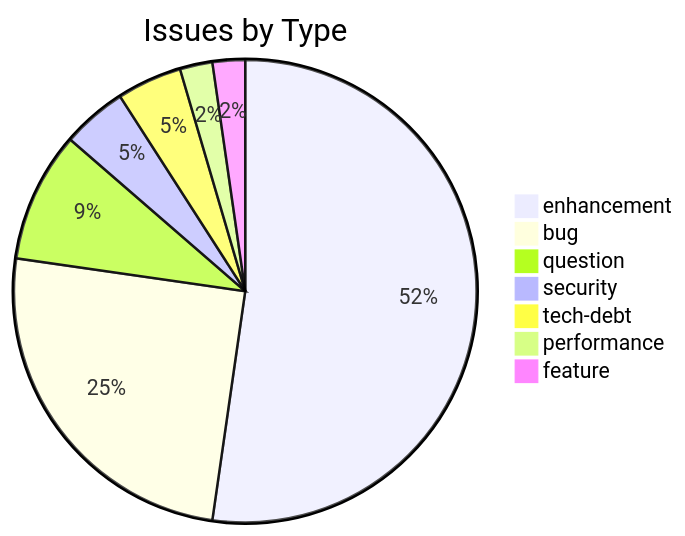
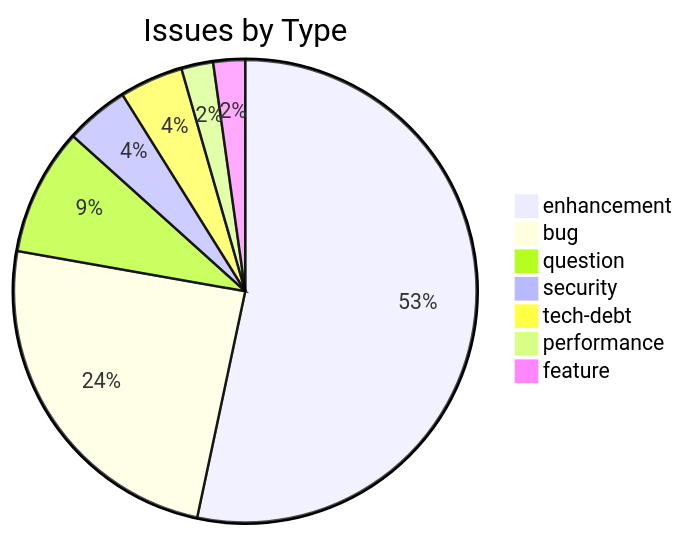
The first of 2 diagrams in README.md (sanskrit-lexicon/csl-apidev), drawn with Mermaid before and after one commit. The commit also changed other lines of this file, not shown here.

````diff
--- a/README.md
+++ b/README.md
@@ -70,10 +86,10 @@
 ```mermaid
 pie title Issues by Type
-    "enhancement" : 23
+    "enhancement" : 24
     "bug" : 11
     "question" : 4
     "security" : 2
     "tech-debt" : 2
     "performance" : 1
     "feature" : 1
 ```
````
